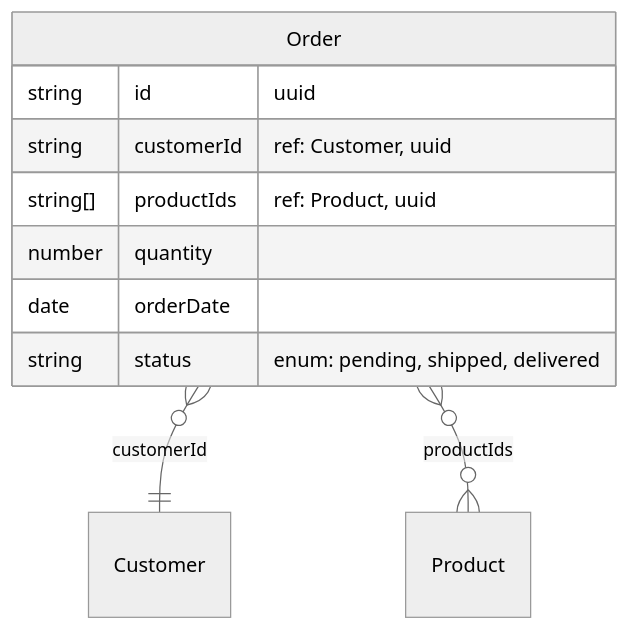
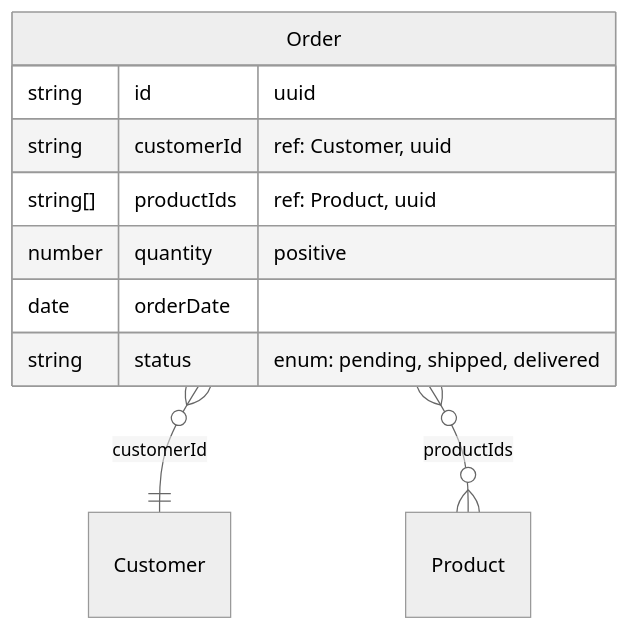
Diagram 14 of 16 in examples/mermaid-examples.md (kothar/zod-mermaid), drawn with Mermaid (neutral theme) before and after one commit. The commit also changed other lines of this file and 8 other files, not shown here.

````diff
--- a/examples/mermaid-examples.md
+++ b/examples/mermaid-examples.md
@@ -351,17 +351,17 @@
 ```mermaid
 erDiagram
     Order {
         string id "uuid"
         string customerId "ref: Customer, uuid"
         string[] productIds "ref: Product, uuid"
-        number quantity
+        number quantity "positive"
         date orderDate
         string status "enum: pending, shipped, delivered"
     }
     Customer {
     }
     Product {
     }
     Order }o--|| Customer : "customerId"
     Order }o--o{ Product : "productIds"
 ```
````
